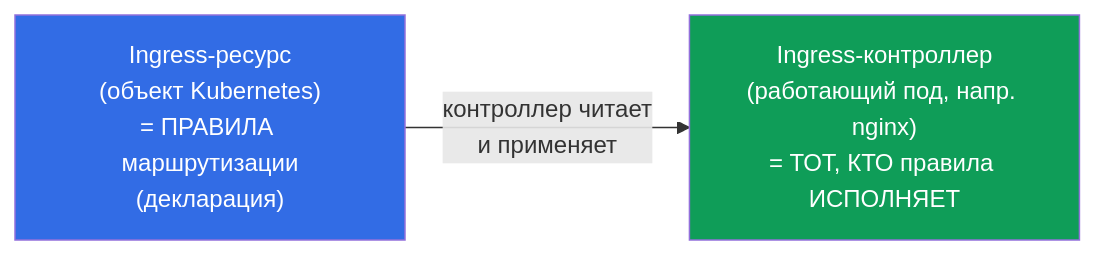
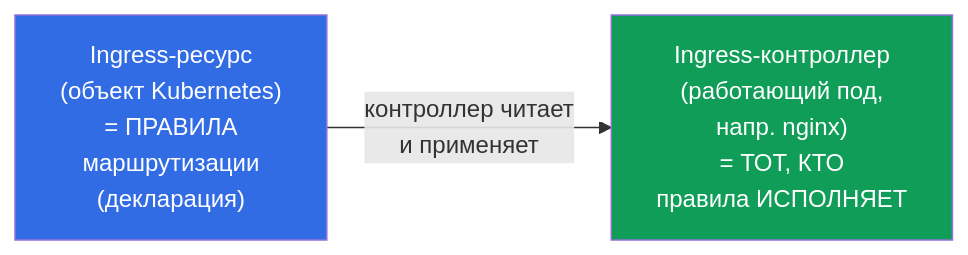
Before and after one commit to ViktorUJ/cks: the second of 7 diagrams in tasks/cka/course/32/ru.md, drawn with Mermaid. The commit also changed other lines of this file and 30 other files, not shown here.

````diff
--- a/tasks/cka/course/32/ru.md
+++ b/tasks/cka/course/32/ru.md
@@ -47,8 +40,8 @@
 ```mermaid
 flowchart LR
-    res["Ingress-ресурс<br>(объект Kubernetes)<br>= ПРАВИЛА маршрутизации<br>(декларация)"]
-    ctrl["Ingress-контроллер<br>(работающий под, напр. nginx)<br>= ТОТ, КТО правила ИСПОЛНЯЕТ"]
+    res["Ingress-ресурс<br>(объект Kubernetes)<br>= ПРАВИЛА<br>маршрутизации<br>(декларация)"]
+    ctrl["Ingress-контроллер<br>(работающий под,<br>напр. nginx)<br>= ТОТ, КТО<br>правила ИСПОЛНЯЕТ"]
     res -->|"контроллер читает<br>и применяет"| ctrl
     style res fill:#326ce5,color:#fff
     style ctrl fill:#0f9d58,color:#fff
 ```
````
